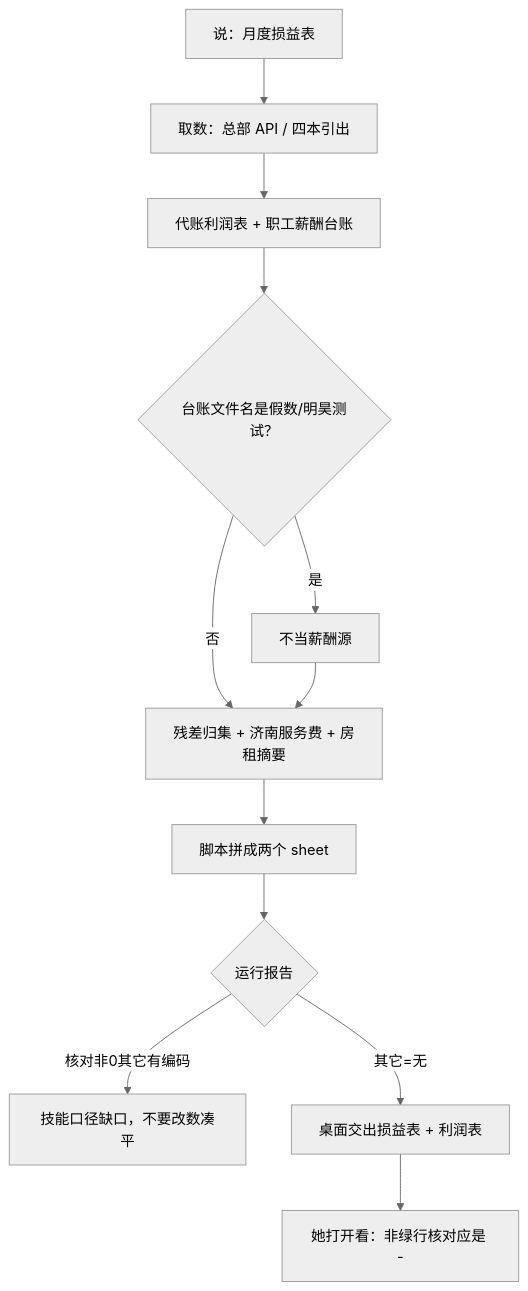
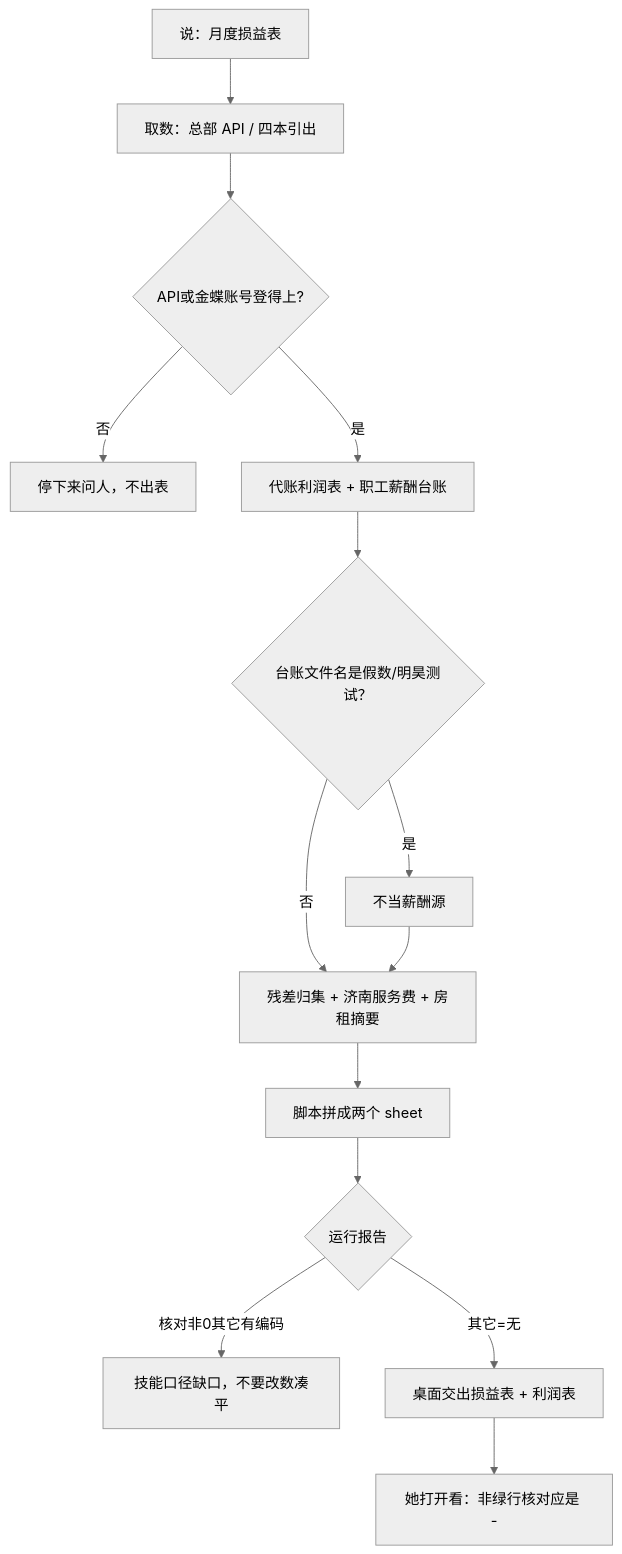
Before and after one commit to EvanLee2004/finance-skills: the diagram in skills/pl-dept-report/README.md, drawn with Mermaid (neutral theme). The commit also changed other lines of this file and 7 other files, not shown here.

````diff
--- a/skills/pl-dept-report/README.md
+++ b/skills/pl-dept-report/README.md
@@ -55,14 +58,16 @@
 ```mermaid
 flowchart TD
   A["说：月度损益表"] --> B["取数：总部 API / 四本引出"]
-  B --> C["代账利润表 + 职工薪酬台账"]
+  B --> B1{"API或金蝶账号登得上?"}
+  B1 -->|否| Z["停下来问人，不出表"]
+  B1 -->|是| C["代账利润表 + 职工薪酬台账"]
   C --> C1{"台账文件名是假数/明昊测试？"}
   C1 -->|是| C3["不当薪酬源"]
   C1 -->|否| C2["残差归集 + 济南服务费 + 房租摘要"]
   C3 --> C2
   C2 --> D["脚本拼成两个 sheet"]
   D --> E{"运行报告"}
   E -->|核对非0其它有编码| X["技能口径缺口，不要改数凑平"]
   E -->|其它=无| G["桌面交出损益表 + 利润表"]
   G --> H["她打开看：非绿行核对应是 -"]
 ```
````
